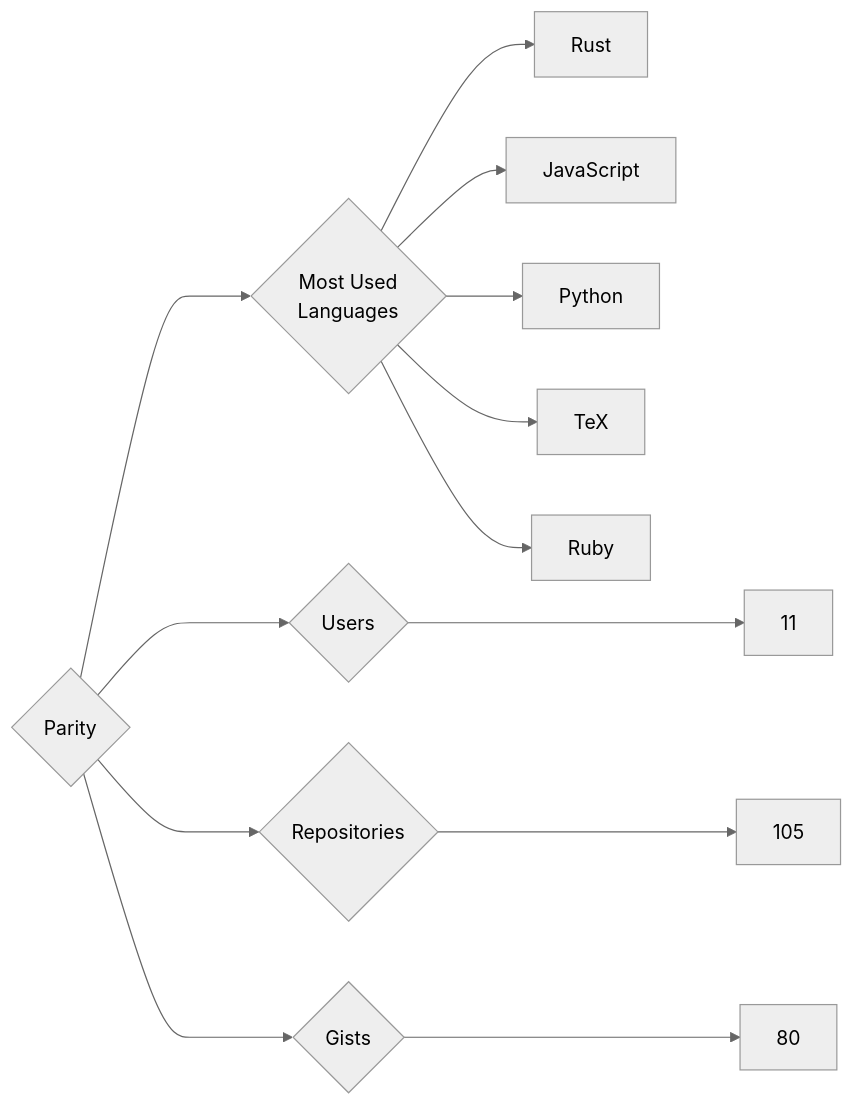
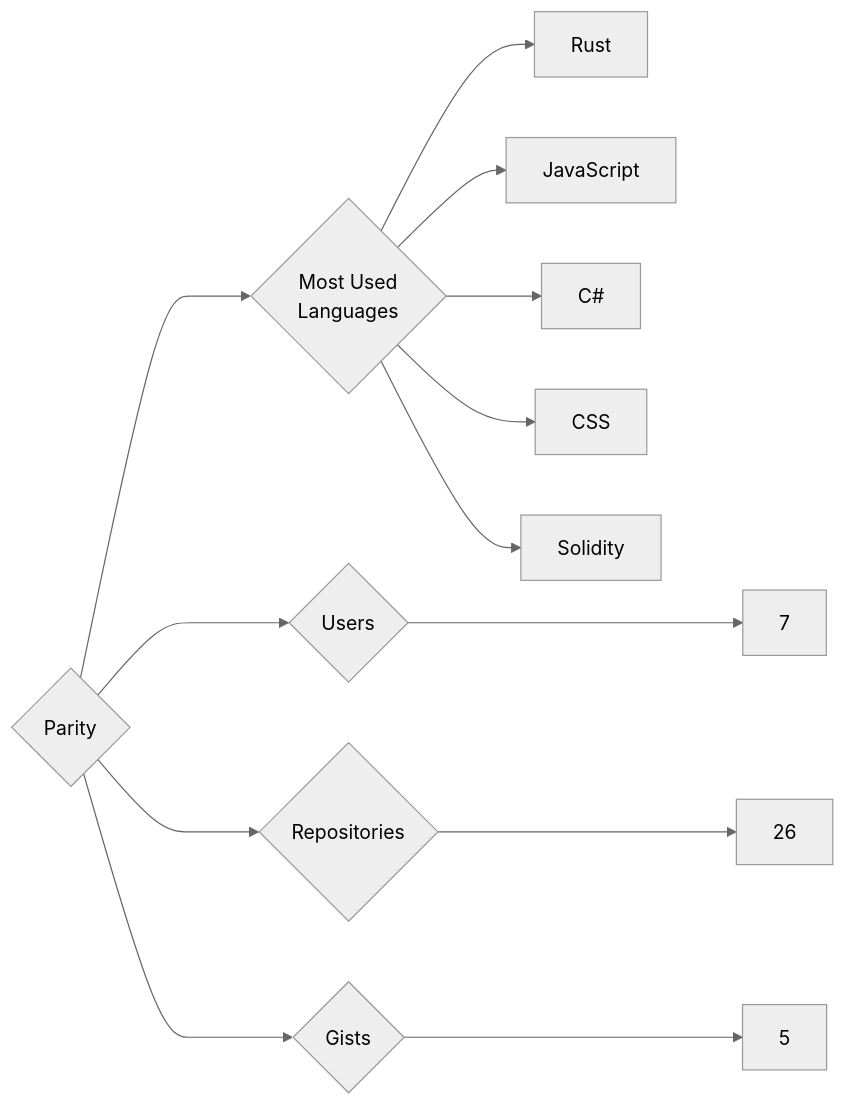
Before and after one commit to trickest/insiders: the diagram in targets/Parity/README.md, drawn with Mermaid (neutral theme). The commit also changed 928 other files, not shown here.

````diff
--- a/targets/Parity/README.md
+++ b/targets/Parity/README.md
@@ -3,13 +3,13 @@
 ```mermaid
 graph LR
 COMPANY_NAME{Parity}
-COMPANY_NAME ---> U{Users} ---> UN[11]
-COMPANY_NAME ---> R{Repositories} ---> RN[105]
-COMPANY_NAME ---> G{Gists} ---> GN[80]
+COMPANY_NAME ---> U{Users} ---> UN[7]
+COMPANY_NAME ---> R{Repositories} ---> RN[26]
+COMPANY_NAME ---> G{Gists} ---> GN[5]
 COMPANY_NAME ---> ML{Most Used<br>Languages}
 ML --> Rust[Rust]
 ML --> JavaScript[JavaScript]
-ML --> Python[Python]
-ML --> TeX[TeX]
-ML --> Ruby[Ruby]
+ML --> C#[C#]
+ML --> CSS[CSS]
+ML --> Solidity[Solidity]
 ```
````
